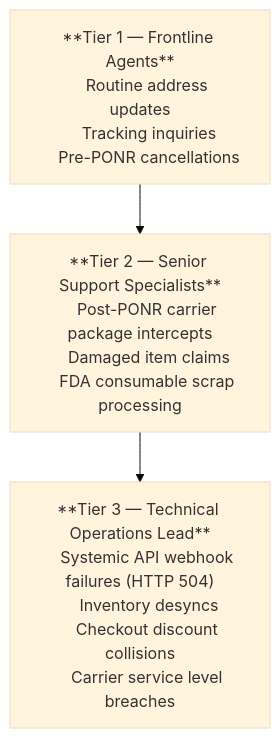
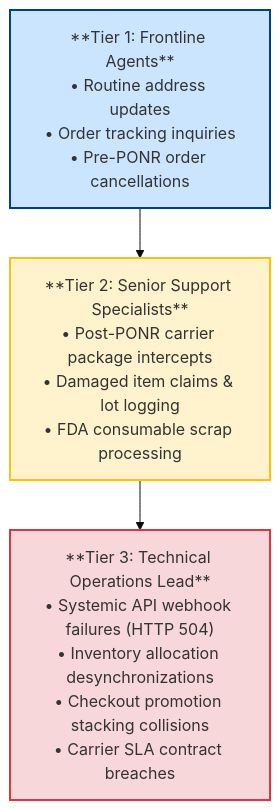
One commit to riovicsusas/portfolio changed the third of 3 diagrams in domain-6-frontline-helpdesk/MasterDossier-Domain6-FrontlineHelpdeskAutomation.md. Above: the diagram before and after it, drawn with Mermaid (base theme). The commit also changed other lines of this file and 1 other file, not shown here.

````diff
--- a/domain-6-frontline-helpdesk/MasterDossier-Domain6-FrontlineHelpdeskAutomation.md
+++ b/domain-6-frontline-helpdesk/MasterDossier-Domain6-FrontlineHelpdeskAutomation.md
@@ -175,20 +289,10 @@
 ```mermaid
 flowchart TD
-    T1["**Tier 1 — Frontline Agents**
-    Routine address updates
-    Tracking inquiries
-    Pre-PONR cancellations"]
+    T1["**Tier 1: Frontline Agents**<br/>• Routine address updates<br/>• Order tracking inquiries<br/>• Pre-PONR order cancellations"] --> T2
+    T2["**Tier 2: Senior Support Specialists**<br/>• Post-PONR carrier package intercepts<br/>• Damaged item claims & lot logging<br/>• FDA consumable scrap processing"] --> T3
+    T3["**Tier 3: Technical Operations Lead**<br/>• Systemic API webhook failures (HTTP 504)<br/>• Inventory allocation desynchronizations<br/>• Checkout promotion stacking collisions<br/>• Carrier SLA contract breaches"]
 
-    T2["**Tier 2 — Senior Support Specialists**
-    Post-PONR carrier package intercepts
-    Damaged item claims
-    FDA consumable scrap processing"]
-
-    T3["**Tier 3 — Technical Operations Lead**
-    Systemic API webhook failures (HTTP 504)
-    Inventory desyncs
-    Checkout discount collisions
-    Carrier service level breaches"]
-
-    T1 --> T2 --> T3
+    style T1 fill:#cce5ff,stroke:#004085,stroke-width:2px;
+    style T2 fill:#fff3cd,stroke:#ffc107,stroke-width:2px;
+    style T3 fill:#f8d7da,stroke:#dc3545,stroke-width:2px;
 ```
````
